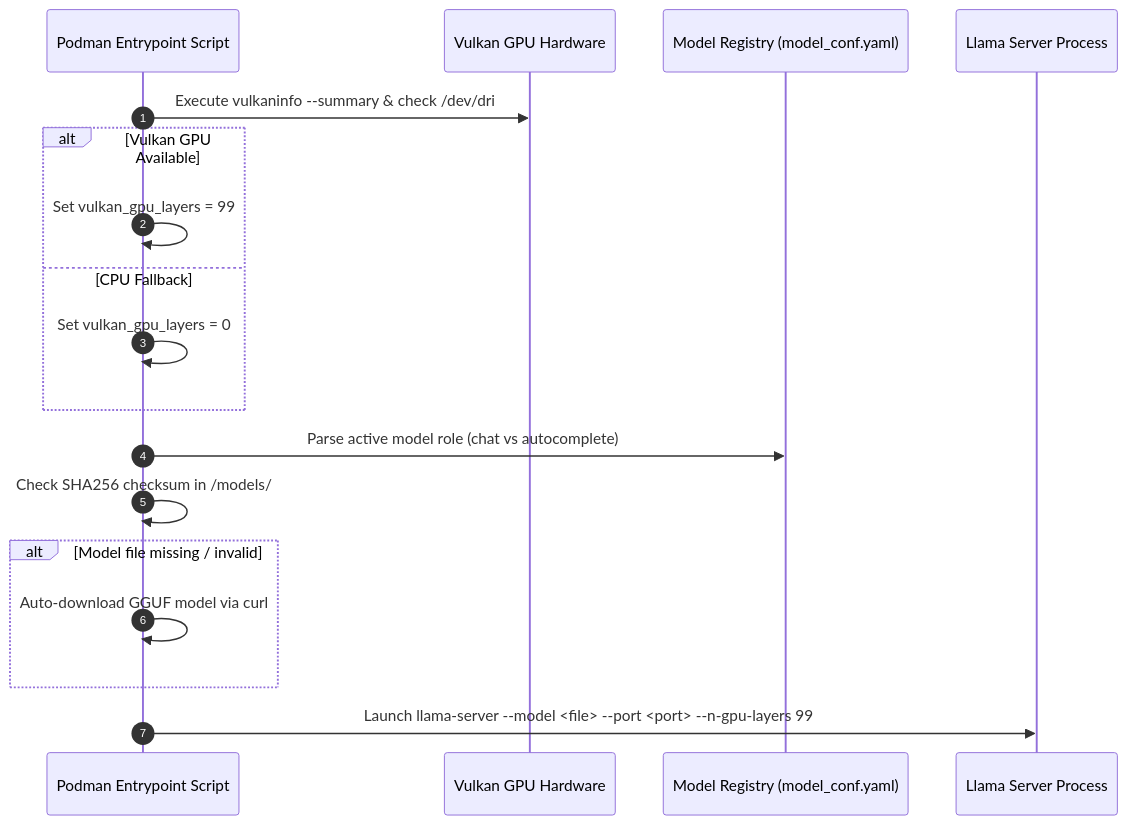
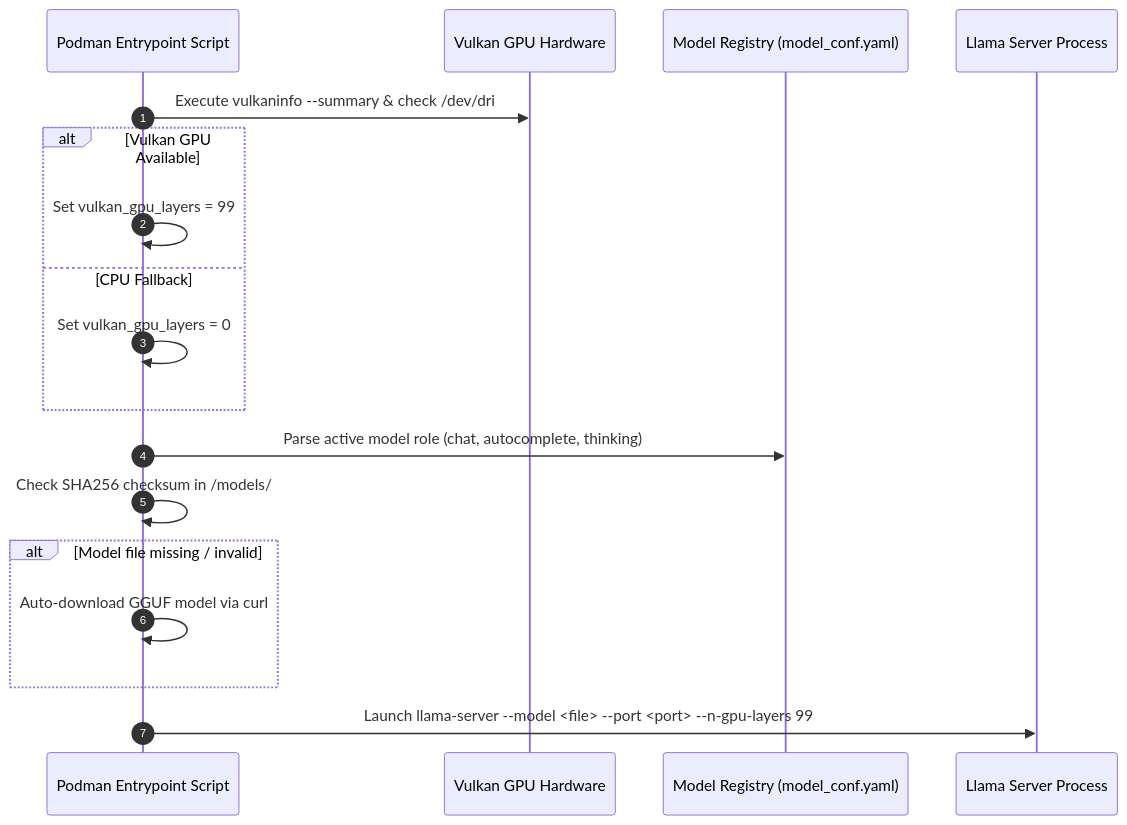
Before and after one commit to archanpaul/podllama: the third of 4 diagrams in docs/design.md, drawn with Mermaid. The commit also changed other lines of this file and 3 other files, not shown here.

````diff
--- a/docs/design.md
+++ b/docs/design.md
@@ -94,23 +95,23 @@
 ```mermaid
 sequenceDiagram
     autonumber
     participant C as Podman Entrypoint Script
     participant V as Vulkan GPU Hardware
     participant M as Model Registry (model_conf.yaml)
     participant S as Llama Server Process
 
     C->>V: Execute vulkaninfo --summary & check /dev/dri
     alt Vulkan GPU Available
         C->>C: Set vulkan_gpu_layers = 99
     else CPU Fallback
         C->>C: Set vulkan_gpu_layers = 0
     end
 
-    C->>M: Parse active model role (chat vs autocomplete)
+    C->>M: Parse active model role (chat, autocomplete, thinking)
     C->>C: Check SHA256 checksum in /models/
     alt Model file missing / invalid
         C->>C: Auto-download GGUF model via curl
     end
 
     C->>S: Launch llama-server --model <file> --port <port> --n-gpu-layers 99
 ```
````
